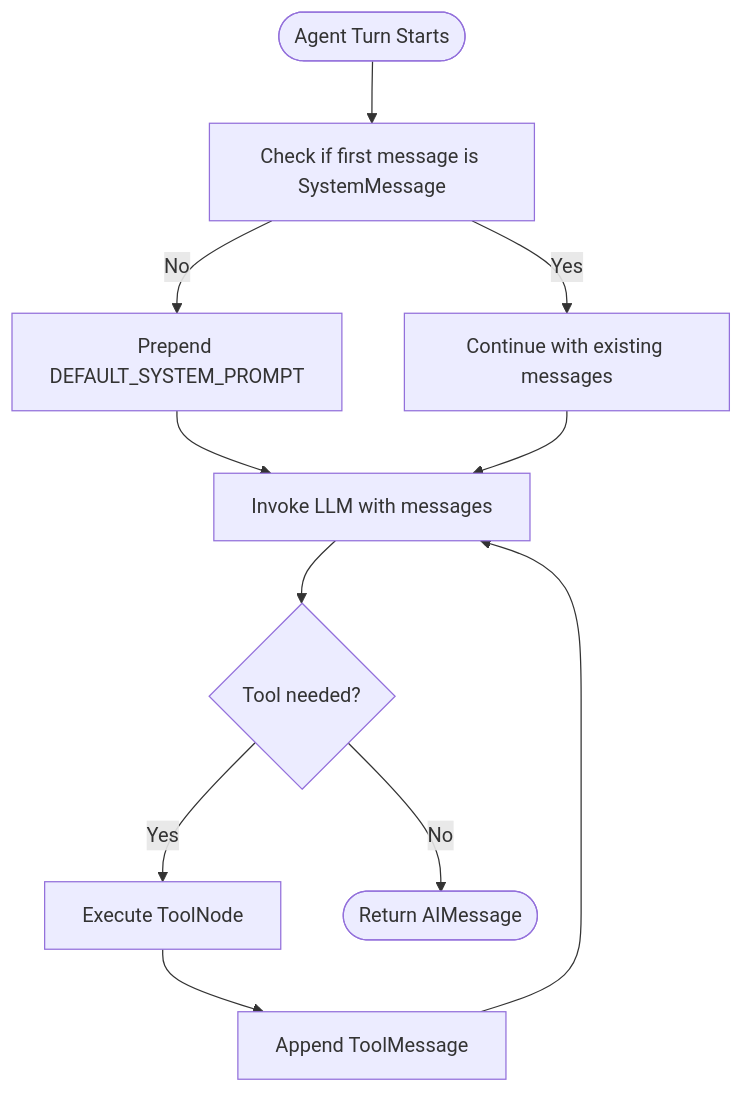
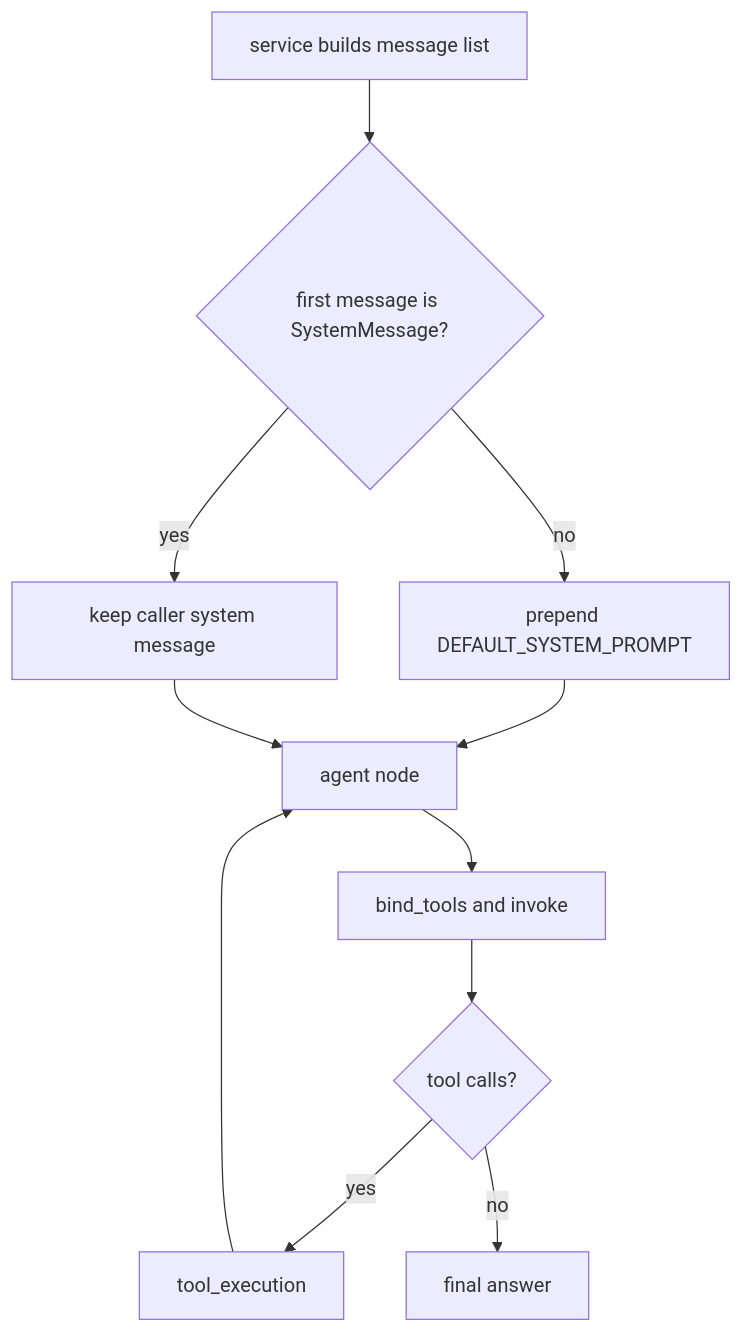
The second of 7 diagrams in src/data/docs/agentic-browser/AI Agent System/Prompt Engineering System.md (tashifkhan/tashif.codes), drawn with Mermaid before and after one commit. The commit also changed other lines of this file and 114 other files, not shown here.

````diff
--- a/src/data/docs/agentic-browser/AI Agent System/Prompt Engineering System.md
+++ b/src/data/docs/agentic-browser/AI Agent System/Prompt Engineering System.md
@@ -95,13 +53,13 @@
 ```mermaid
 flowchart TD
-Start(["Agent Turn Starts"]) --> CheckSys["Check if first message is SystemMessage"]
-CheckSys --> |No| Prepend["Prepend DEFAULT_SYSTEM_PROMPT"]
-CheckSys --> |Yes| Continue["Continue with existing messages"]
-Prepend --> InvokeLLM["Invoke LLM with messages"]
-Continue --> InvokeLLM
-InvokeLLM --> ToolChoice{"Tool needed?"}
-ToolChoice --> |Yes| ExecTool["Execute ToolNode"]
-ToolChoice --> |No| End(["Return AIMessage"])
-ExecTool --> PostExec["Append ToolMessage"]
-PostExec --> InvokeLLM
+  S["service builds message list"] --> F{"first message is SystemMessage?"}
+  F -->|no| P["prepend DEFAULT_SYSTEM_PROMPT"]
+  F -->|yes| K["keep caller system message"]
+  P --> G["agent node"]
+  K --> G
+  G --> B["bind_tools and invoke"]
+  B --> D{"tool calls?"}
+  D -->|yes| T["tool_execution"]
+  T --> G
+  D -->|no| A["final answer"]
 ```
````
